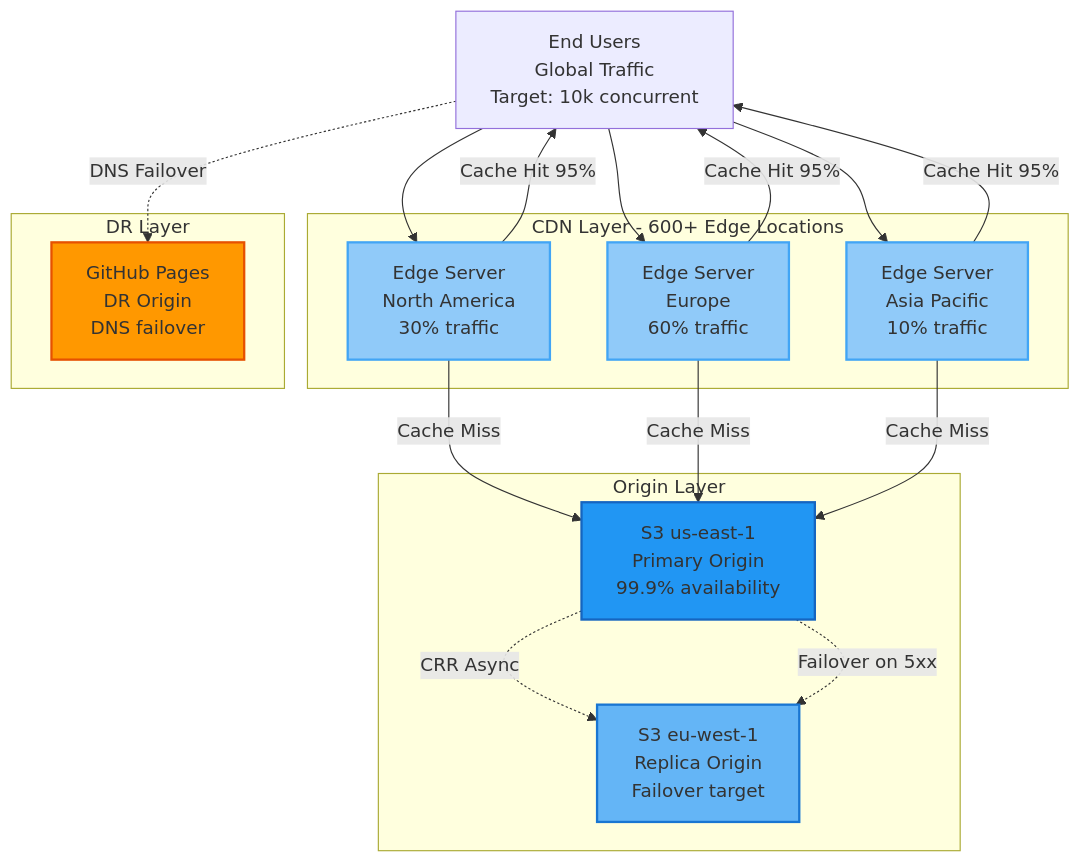
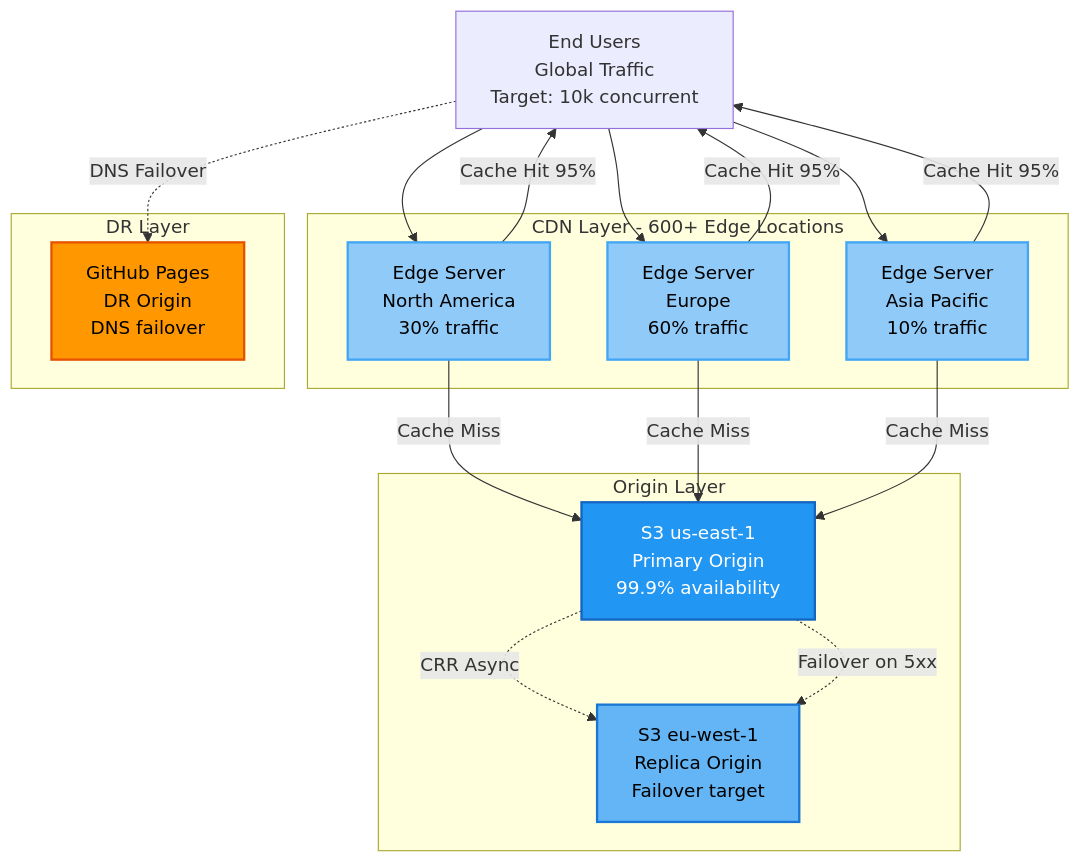
One commit to Hack23/riksdagsmonitor changed diagram 13 of 16 in ARCHITECTURE.md. Above: the diagram before and after it, drawn with Mermaid. The commit also changed other lines of this file and 11 other files, not shown here.

First line of the commit message:
Fix broken mermaid diagrams: SWOT gantt, quadrantChart theming, init quotes, text colors

````diff
--- a/ARCHITECTURE.md
+++ b/ARCHITECTURE.md
@@ -1142,43 +1142,43 @@
 ```mermaid
 graph TB
     Users[End Users<br/>Global Traffic<br/>Target: 10k concurrent]
     
     subgraph "CDN Layer - 600+ Edge Locations"
         Edge1[Edge Server<br/>North America<br/>30% traffic]
         Edge2[Edge Server<br/>Europe<br/>60% traffic]
         Edge3[Edge Server<br/>Asia Pacific<br/>10% traffic]
     end
     
     subgraph "Origin Layer"
         S3US[S3 us-east-1<br/>Primary Origin<br/>99.9% availability]
         S3EU[S3 eu-west-1<br/>Replica Origin<br/>Failover target]
     end
     
     subgraph "DR Layer"
         GitHub[GitHub Pages<br/>DR Origin<br/>DNS failover]
     end
     
     Users --> Edge1
     Users --> Edge2
     Users --> Edge3
     
     Edge1 -->|Cache Miss| S3US
     Edge2 -->|Cache Miss| S3US
     Edge3 -->|Cache Miss| S3US
     
     Edge1 -->|Cache Hit 95%| Users
     Edge2 -->|Cache Hit 95%| Users
     Edge3 -->|Cache Hit 95%| Users
     
     S3US -.->|CRR Async| S3EU
     S3US -.->|Failover on 5xx| S3EU
     
     Users -.->|DNS Failover| GitHub
     
-    style S3US fill:#2196f3,stroke:#1565c0,stroke-width:2px
-    style S3EU fill:#64b5f6,stroke:#1976d2,stroke-width:2px
-    style Edge1 fill:#90caf9,stroke:#42a5f5,stroke-width:2px
-    style Edge2 fill:#90caf9,stroke:#42a5f5,stroke-width:2px
-    style Edge3 fill:#90caf9,stroke:#42a5f5,stroke-width:2px
-    style GitHub fill:#ff9800,stroke:#e65100,stroke-width:2px
+    style S3US fill:#2196f3,stroke:#1565c0,stroke-width:2px,color:#ffffff
+    style S3EU fill:#64b5f6,stroke:#1976d2,stroke-width:2px,color:#000000
+    style Edge1 fill:#90caf9,stroke:#42a5f5,stroke-width:2px,color:#000000
+    style Edge2 fill:#90caf9,stroke:#42a5f5,stroke-width:2px,color:#000000
+    style Edge3 fill:#90caf9,stroke:#42a5f5,stroke-width:2px,color:#000000
+    style GitHub fill:#ff9800,stroke:#e65100,stroke-width:2px,color:#000000
 ```
````
